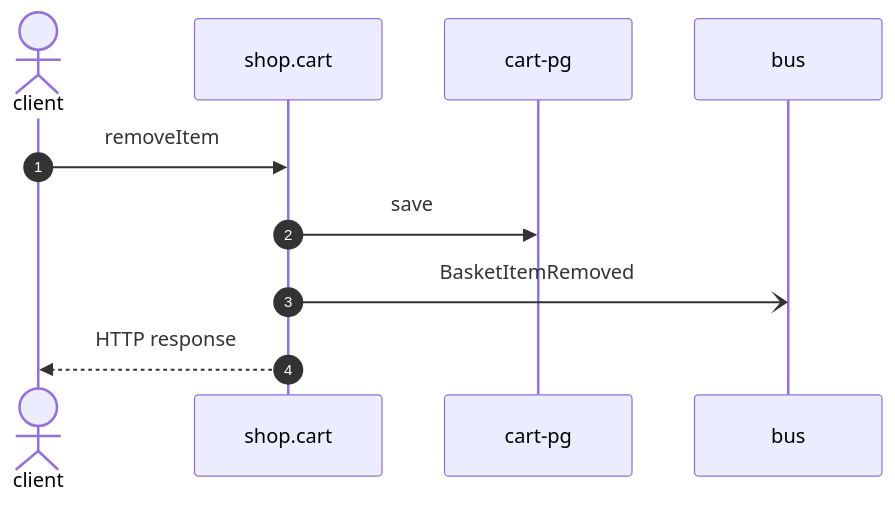
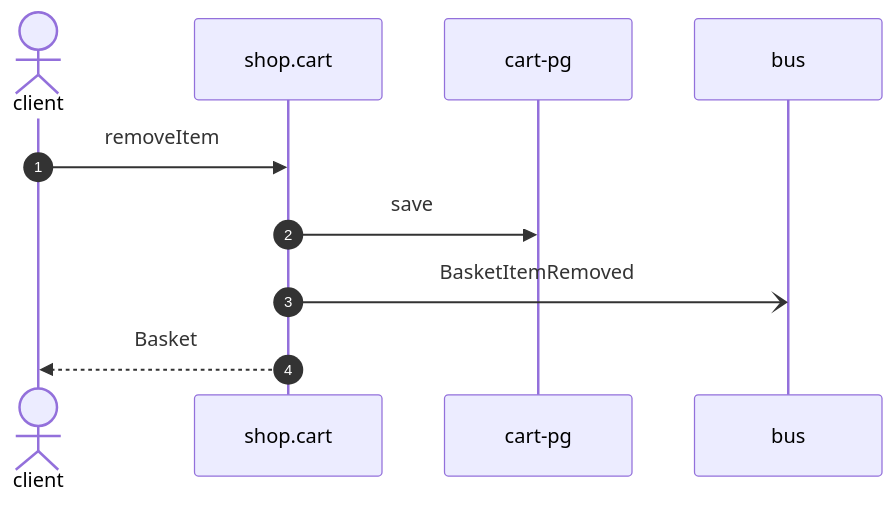
One commit to shortlink-org/portolan changed the diagram in exports/mermaid/example/cart-remove-item.mmd. Above: the diagram before and after it, drawn with Mermaid. The commit also changed 82 other files, not shown here.

```diff
--- a/exports/mermaid/example/cart-remove-item.mmd
+++ b/exports/mermaid/example/cart-remove-item.mmd
@@ -1,10 +1,10 @@
 sequenceDiagram
     autonumber
     actor p0 as client
     participant p1 as shop.cart
     participant p2 as cart-pg
     participant p3 as bus
     p0->>p1: removeItem
     p1->>p2: save
     p1-)p3: BasketItemRemoved
-    p1-->>p0: HTTP response
+    p1-->>p0: Basket
```
